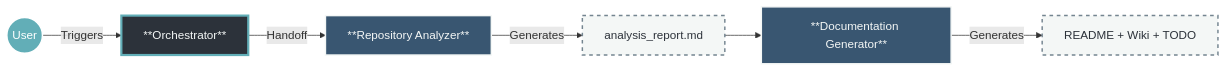
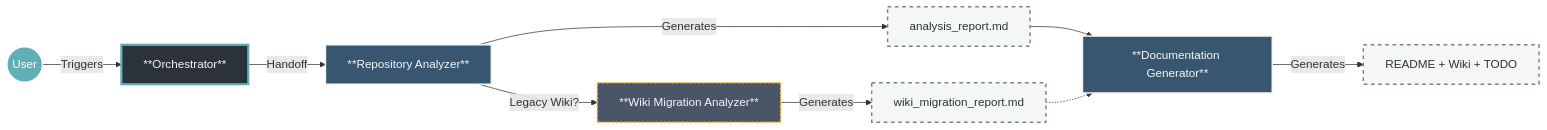
One commit to pr0methevs/agentic-doc-generator changed the first of 2 diagrams in README.md. Above: the diagram before and after it, drawn with Mermaid. The commit also changed other lines of this file and 4 other files, not shown here.

Commit message:
feat: add wiki migration support and changelog generation capabilities

````diff
--- a/README.md
+++ b/README.md
@@ -19,19 +20,24 @@
 ```mermaid
 graph LR
     %% Theme Definitions - Nordic Slate
     classDef manager fill:#2c323a,stroke:#62aeb7,stroke-width:3px,color:#f4f7f6
     classDef worker fill:#395671,stroke:#f4f7f6,stroke-width:2px,color:#f4f7f6
+    classDef optional fill:#4a5568,stroke:#fbbf24,stroke-width:2px,stroke-dasharray: 3 3,color:#f4f7f6
     classDef artifact fill:#f4f7f6,stroke:#748590,stroke-width:2px,stroke-dasharray: 5 5,color:#2c323a
     classDef user fill:#62aeb7,stroke:#fff,stroke-width:2px,color:#fff
 
     User((User)) -->|Triggers| Orch["**Orchestrator**"]
     Orch -->|Handoff| Analyzer["**Repository Analyzer**"]
     Analyzer -->|Generates| Report[analysis_report.md]
+    Analyzer -->|Legacy Wiki?| WikiMigrator["**Wiki Migration Analyzer**"]
+    WikiMigrator -->|Generates| MigReport[wiki_migration_report.md]
     Report --> Generator["**Documentation Generator**"]
+    MigReport -.-> Generator
     Generator -->|Generates| Outputs[README + Wiki + TODO]
 
     class Orch manager
     class Analyzer,Generator worker
-    class Report,Outputs artifact
+    class WikiMigrator optional
+    class Report,MigReport,Outputs artifact
     class User user
 ```
````
